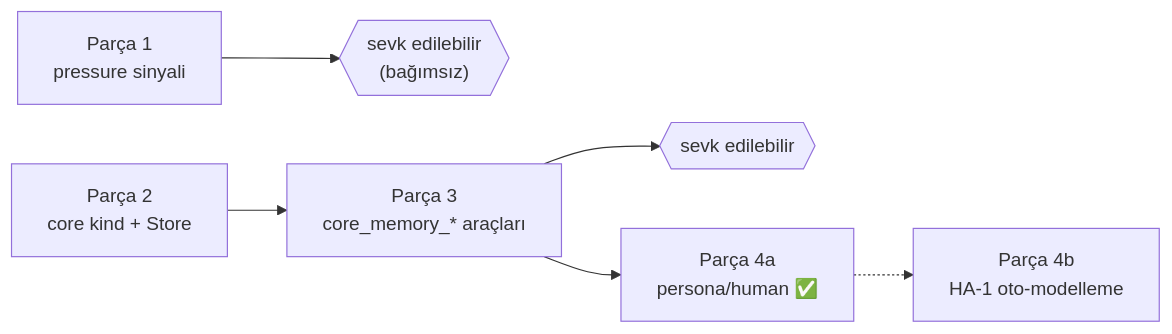
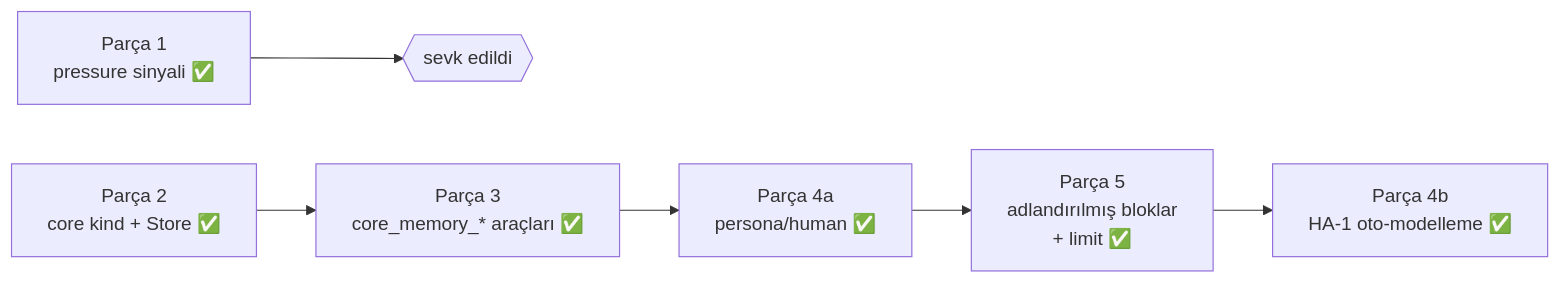
Before and after one commit to bilal-arikan/tionharness: the second of 3 diagrams in _Docs/26-MEMGPT-CORE-MEMORY.md, drawn with Mermaid. The commit also changed other lines of this file and 2 other files, not shown here.

First line of the commit message:
docs(memgpt): reconcile core-memory docs with named-blocks + HA-1

````diff
--- a/_Docs/26-MEMGPT-CORE-MEMORY.md
+++ b/_Docs/26-MEMGPT-CORE-MEMORY.md
@@ -308,8 +321,8 @@
 ```mermaid
 graph LR
-    P1["Parça 1<br/>pressure sinyali"] --> SHIP1{{"sevk edilebilir<br/>(bağımsız)"}}
-    P2["Parça 2<br/>core kind + Store"] --> P3["Parça 3<br/>core_memory_* araçları"]
-    P3 --> SHIP2{{"sevk edilebilir"}}
+    P1["Parça 1<br/>pressure sinyali ✅"] --> SHIP1{{"sevk edildi"}}
+    P2["Parça 2<br/>core kind + Store ✅"] --> P3["Parça 3<br/>core_memory_* araçları ✅"]
     P3 --> P4A["Parça 4a<br/>persona/human ✅"]
-    P4A -.-> P4B["Parça 4b<br/>HA-1 oto-modelleme"]
+    P4A --> P5["Parça 5<br/>adlandırılmış bloklar<br/>+ limit ✅"]
+    P5 --> P4B["Parça 4b<br/>HA-1 oto-modelleme ✅"]
 ```
````
